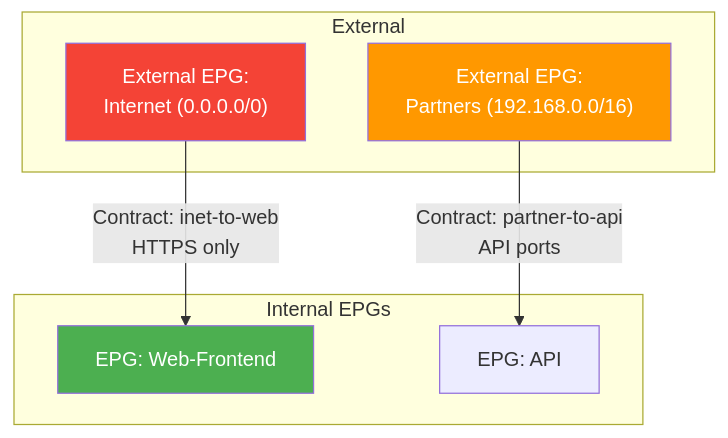
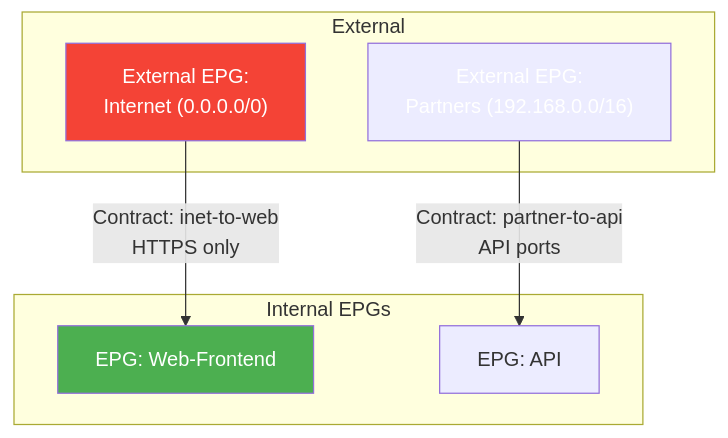
One commit to VBlackJack/ShellBook changed the sixth of 7 diagrams in docs/formations/terraform-aci/07-module.md. Above: the diagram before and after it, drawn with Mermaid. The commit also changed other lines of this file and 337 other files, not shown here.

First line of the commit message:
refactor(docs): Standardize code blocks and Mermaid colors

````diff
--- a/docs/formations/terraform-aci/07-module.md
+++ b/docs/formations/terraform-aci/07-module.md
@@ -494,19 +494,19 @@
 ```mermaid
 graph TB
     subgraph "External"
         INET["External EPG:<br/>Internet (0.0.0.0/0)"]
         PARTNER["External EPG:<br/>Partners (192.168.0.0/16)"]
     end
 
     subgraph "Internal EPGs"
         WEB["EPG: Web-Frontend"]
         API["EPG: API"]
     end
 
     INET -->|"Contract: inet-to-web<br/>HTTPS only"| WEB
     PARTNER -->|"Contract: partner-to-api<br/>API ports"| API
 
     style INET fill:#f44336,color:#fff
-    style PARTNER fill:#ff9800,color:#fff
+    style PARTNER fill:#FF9800800800,color:#fff
     style WEB fill:#4caf50,color:#fff
 ```
````
